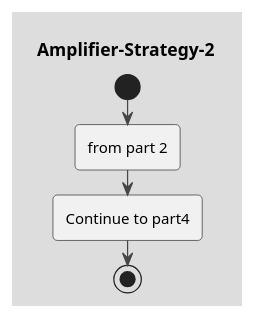
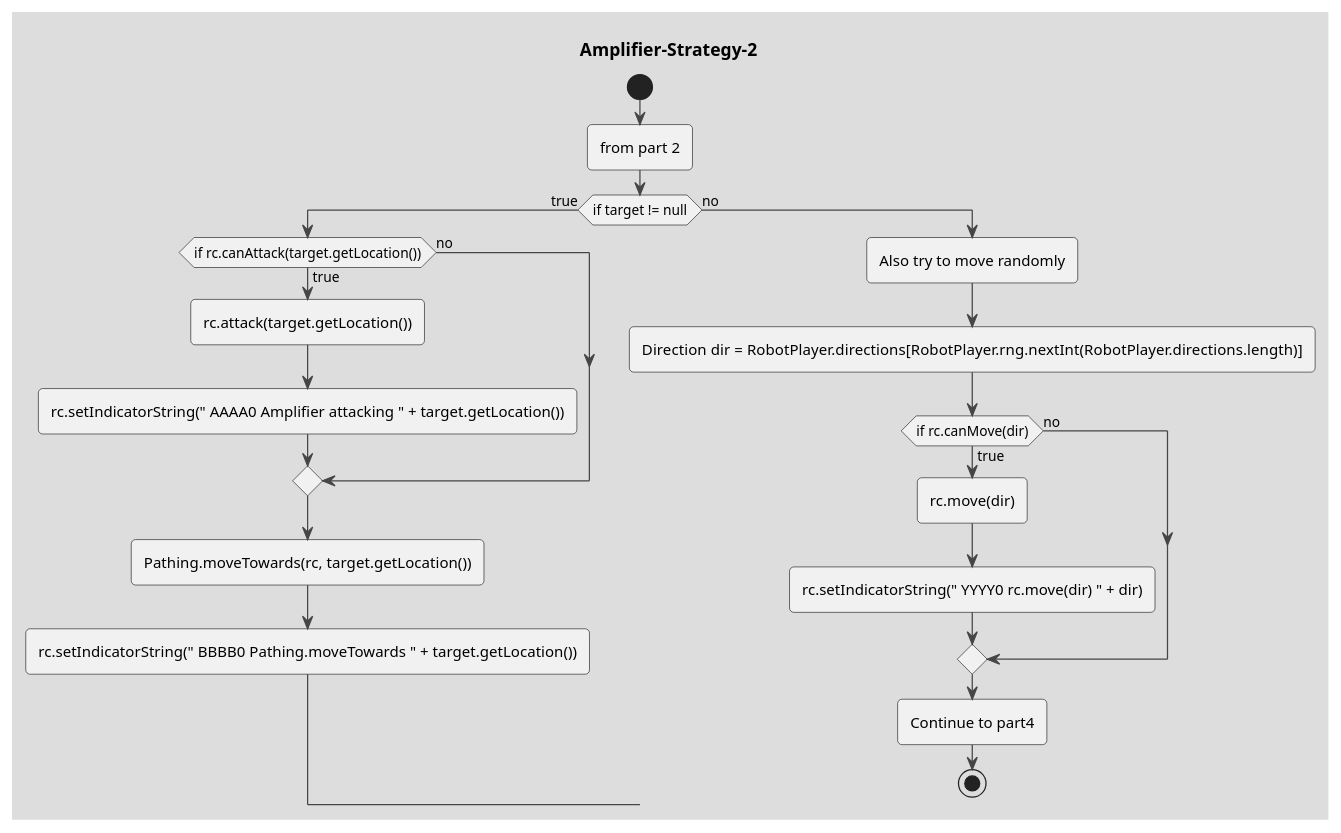
One commit to coding-to-music/plantuml-diagram-examples changed the diagram in drawings/Amplifier-Strategy-3.puml. Above: the diagram before and after it, drawn with PlantUML. The commit also changed 2 other files, not shown here.

```diff
--- a/drawings/Amplifier-Strategy-3.puml
+++ b/drawings/Amplifier-Strategy-3.puml
@@ -1,56 +1,53 @@
 @startuml Amplifier-Strategy-2
 !theme toy 
 title Amplifier-Strategy-2
 start
 
 :from part 2; 
 
 ' // Amplifiers want to avoid getting attacked, just loiter and sense other robots
 
-' if (target != null) (true)
-'     if (rc.canAttack(target.getLocation())) {
-'         :rc.attack(target.getLocation());
-'         :rc.setIndicatorString(" AAAA0 Amplifier attacking " + target.getLocation());
-'     else (no)
-'     endif    
-'     :Pathing.moveTowards(rc, target.getLocation());
-'     :rc.setIndicatorString(" BBBB0 Pathing.moveTowards " + target.getLocation());
-' else (no)
-'     :RobotInfo[] allies = rc.senseNearbyRobots(9, rc.getTeam());
-'     :int lowestID = rc.getID();
-'     :MapLocation leaderPos = null;
-'     while (RobotInfo ally : allies)
-'         if (ally.getType() != RobotType.LAUNCHER)
-'             :continue;
-'         else (no)
-'         endif    
-'         if (ally.getID() < lowestID){
-'             :lowestID = ally.getID();
-'             :leaderPos = ally.getLocation();
-'         else (no)
-'         endif    
-'     endwhile
-'     if (leaderPos != null) (true)
-'         :Pathing.moveTowards(rc, leaderPos);
-'         :rc.setIndicatorString("Following " + lowestID);
-'     }
-'     else (no)
-'         :MapLocation center = new MapLocation(rc.getMapWidth()/2, rc.getMapHeight()/2);
-'         ' // MapLocation center = goalLoc;
-'         :Pathing.moveTowards(rc, center);
-'         :rc.setIndicatorString("I'm the leader! moving toward center " + center);
-'     endif    
+if (if target != null) then (true)
+    if (if rc.canAttack(target.getLocation())) then (true)
+        :rc.attack(target.getLocation());
+        :rc.setIndicatorString(" AAAA0 Amplifier attacking " + target.getLocation());
+    else (no)
+    endif    
+    :Pathing.moveTowards(rc, target.getLocation());
+    :rc.setIndicatorString(" BBBB0 Pathing.moveTowards " + target.getLocation());
+else (no)
+    ' :RobotInfo[] allies = rc.senseNearbyRobots(9, rc.getTeam());
+    ' :int lowestID = rc.getID();
+    ' :MapLocation leaderPos = null;
+    ' while (RobotInfo ally : allies)
+    '     if (if ally.getType() != RobotType.LAUNCHER) then (true)
+    '         :continue;
+    '     else (no)
+    '     endif    
+    '     if (if ally.getID() < lowestID) then (true)
+    '         :lowestID = ally.getID();
+    '         :leaderPos = ally.getLocation();
+    '     else (no)
+    '     endif    
+    ' endwhile
+    ' if (if leaderPos != null) then (true)
+    '     :Pathing.moveTowards(rc, leaderPos);
+    '     :rc.setIndicatorString("Following " + lowestID);
+    ' else (no)
+    '     :MapLocation center = new MapLocation(rc.getMapWidth()/2, rc.getMapHeight()/2);
+    '     ' // MapLocation center = goalLoc;
+    '     :Pathing.moveTowards(rc, center);
+    '     :rc.setIndicatorString("I'm the leader! moving toward center " + center);
+    ' endif    
 ' endif    
-' // Also try to move randomly.
-' :Direction dir = RobotPlayer.directions[RobotPlayer.rng.nextInt(RobotPlayer.directions.length)];
-' if (rc.canMove(dir)) (true)
-'     :rc.move(dir);
-'     :rc.setIndicatorString(" YYYY0 rc.move(dir) " + dir);
-'     else (no)
-'     endif    
-' else (no)
-' endif    
+:Also try to move randomly;
+:Direction dir = RobotPlayer.directions[RobotPlayer.rng.nextInt(RobotPlayer.directions.length)];
+if (if rc.canMove(dir)) then (true)
+    :rc.move(dir);
+    :rc.setIndicatorString(" YYYY0 rc.move(dir) " + dir);
+else (no)
+endif    
 
 :Continue to part4; 
 stop
 @enduml
```
